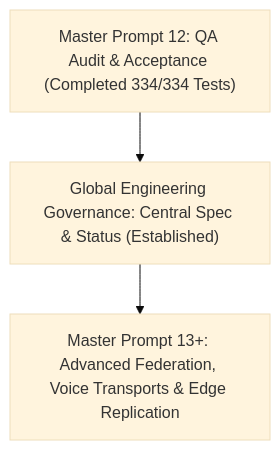
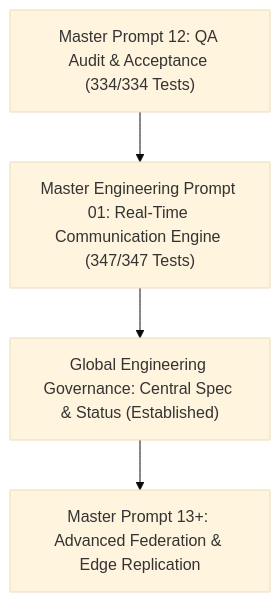
One commit to thamaracode/Friends_Dating changed the second of 2 diagrams in IMPLEMENTATION_STATUS.md. Above: the diagram before and after it, drawn with Mermaid (base theme). The commit also changed other lines of this file and 14 other files, not shown here.

First line of the commit message:
feat(comms): Complete production-grade real-time communication system (Master Prompt 01)

````diff
--- a/IMPLEMENTATION_STATUS.md
+++ b/IMPLEMENTATION_STATUS.md
@@ -87,9 +90,11 @@
 ```mermaid
 flowchart TD
-    Current["Master Prompt 12: QA Audit & Acceptance (Completed 334/334 Tests)"]
+    Current["Master Prompt 12: QA Audit & Acceptance (334/334 Tests)"]
+    Comms["Master Engineering Prompt 01: Real-Time Communication Engine (347/347 Tests)"]
     Governance["Global Engineering Governance: Central Spec & Status (Established)"]
-    Next["Master Prompt 13+: Advanced Federation, Voice Transports & Edge Replication"]
+    Next["Master Prompt 13+: Advanced Federation & Edge Replication"]
 
-    Current --> Governance
+    Current --> Comms
+    Comms --> Governance
     Governance --> Next
 ```
````
